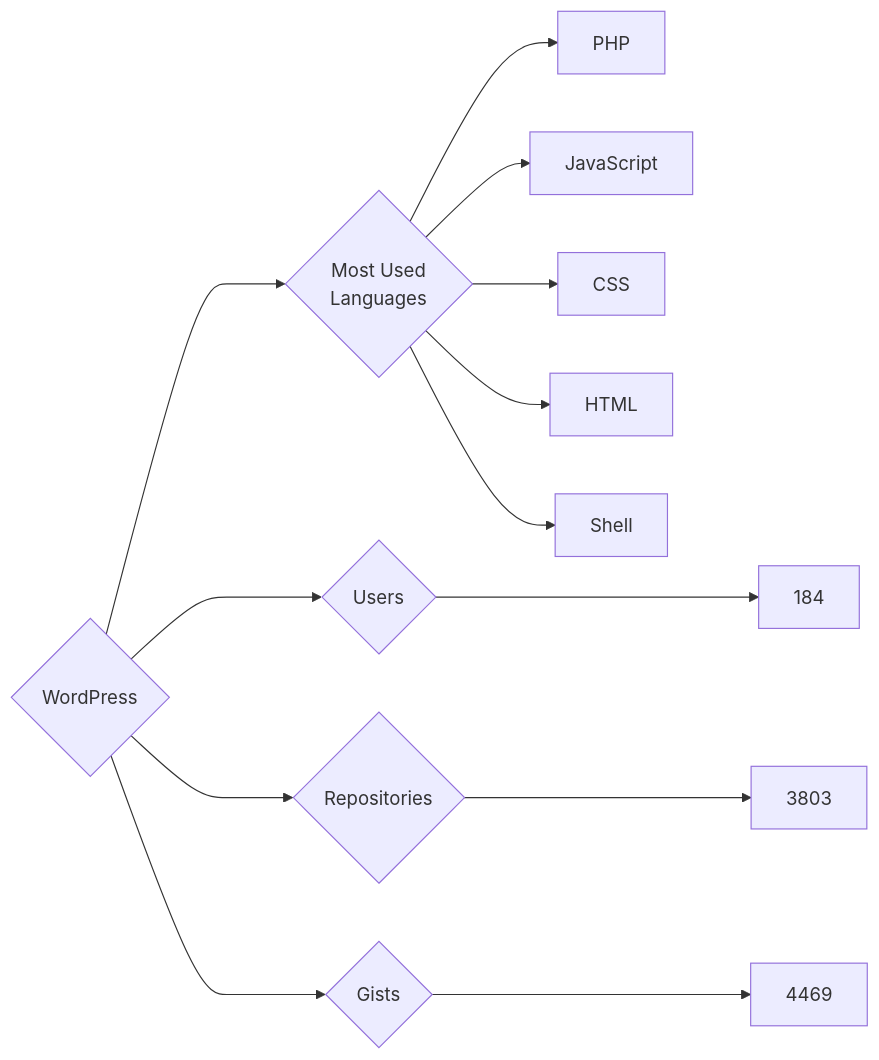
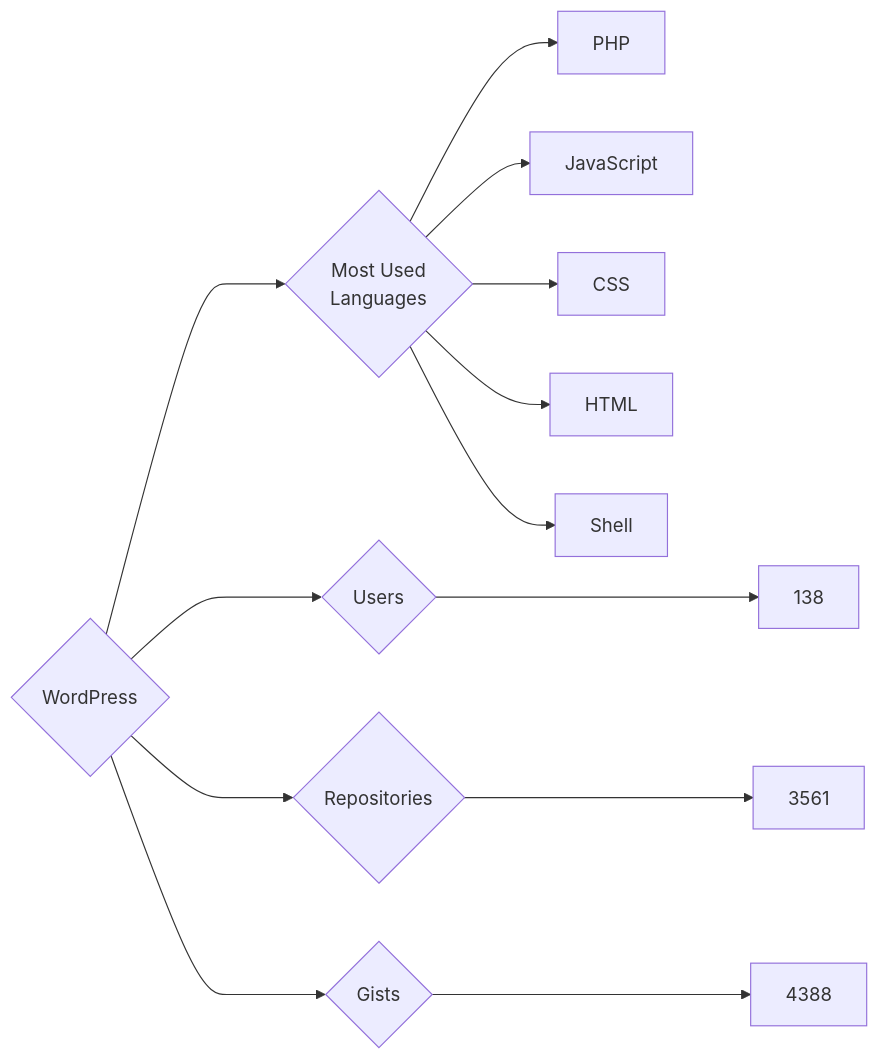
One commit to trickest/insiders changed the diagram in targets/WordPress/README.md. Above: the diagram before and after it, drawn with Mermaid. The commit also changed 835 other files, not shown here.

````diff
--- a/targets/WordPress/README.md
+++ b/targets/WordPress/README.md
@@ -3,13 +3,13 @@
 ```mermaid
 graph LR
 COMPANY_NAME{WordPress}
-COMPANY_NAME ---> U{Users} ---> UN[184]
-COMPANY_NAME ---> R{Repositories} ---> RN[3803]
-COMPANY_NAME ---> G{Gists} ---> GN[4469]
+COMPANY_NAME ---> U{Users} ---> UN[138]
+COMPANY_NAME ---> R{Repositories} ---> RN[3561]
+COMPANY_NAME ---> G{Gists} ---> GN[4388]
 COMPANY_NAME ---> ML{Most Used<br>Languages}
 ML --> PHP[PHP]
 ML --> JavaScript[JavaScript]
 ML --> CSS[CSS]
 ML --> HTML[HTML]
 ML --> Shell[Shell]
 ```
````
